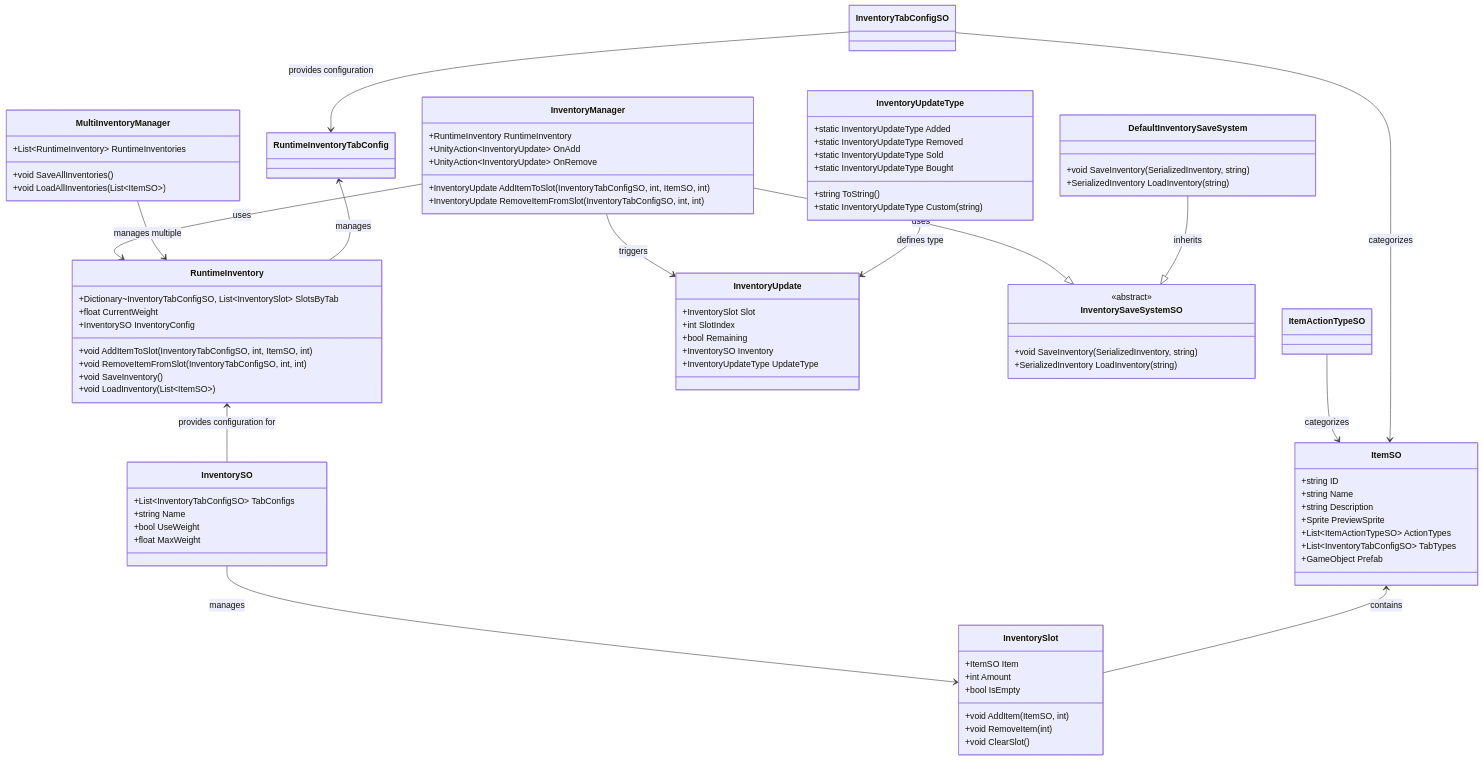
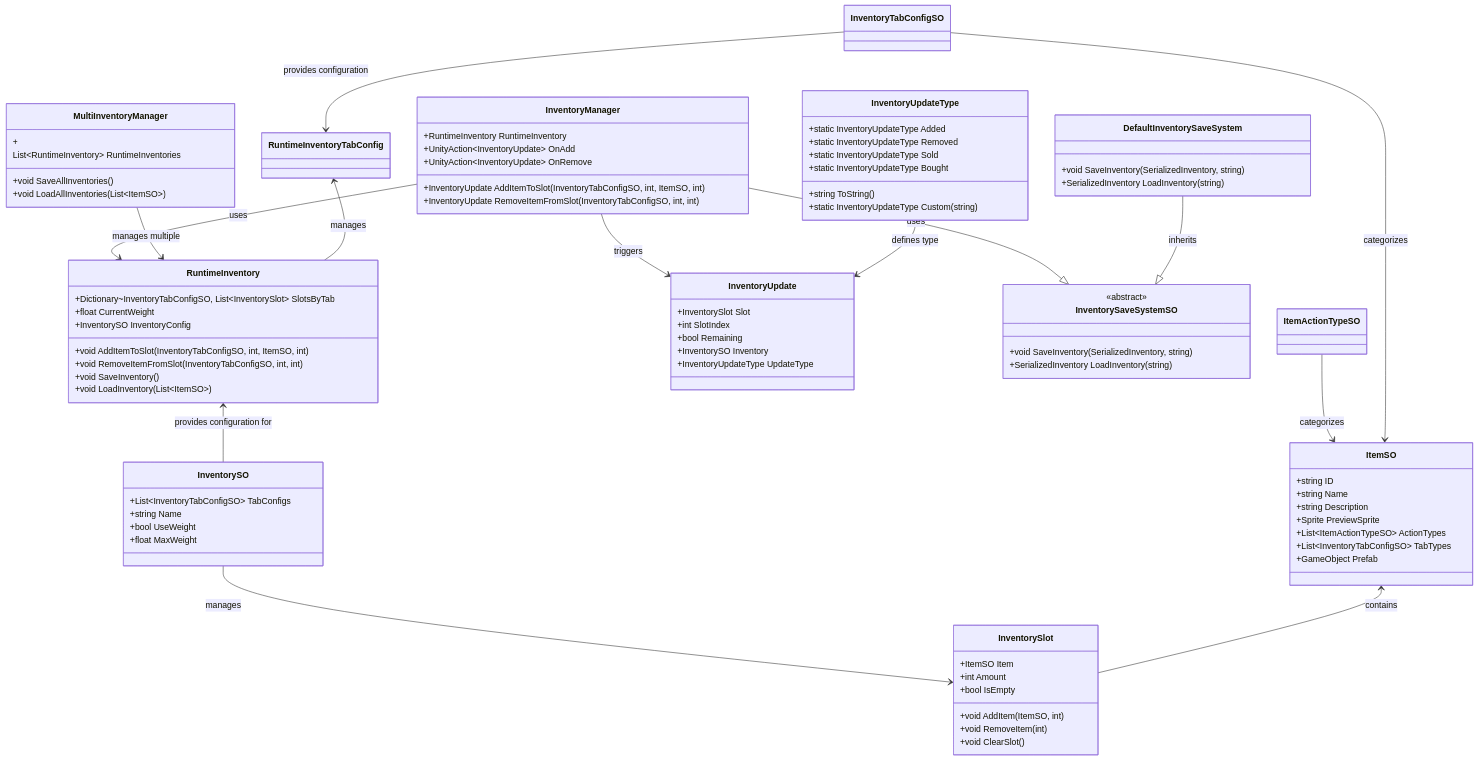
The fifth of 5 diagrams in README.md (FelixBole/inventory-system), drawn with Mermaid before and after one commit. The commit also changed other lines of this file and 62 other files, not shown here.

```diff
--- a/README.md
+++ b/README.md
@@ -306,7 +285,9 @@
     }
 
     class MultiInventoryManager {
-        +List~RuntimeInventory~ RuntimeInventories
+        +
+
+List~RuntimeInventory~ RuntimeInventories
         +void SaveAllInventories()
         +void LoadAllInventories(List~ItemSO~)
     }
```
